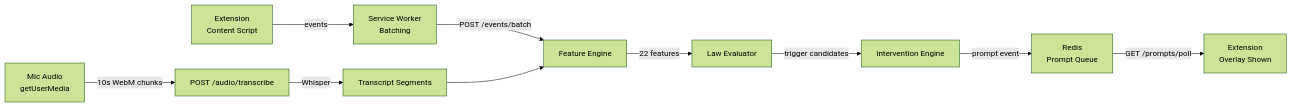
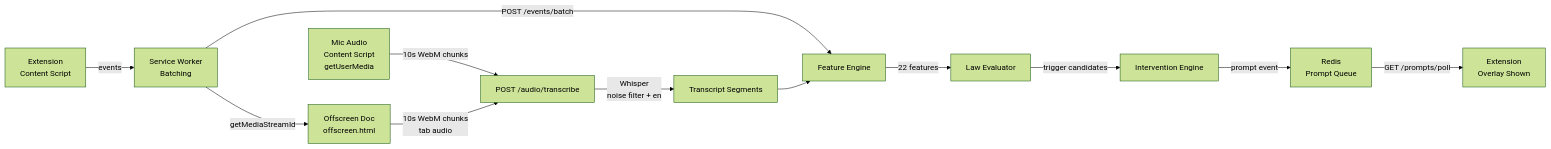
Before and after one commit to rajivchandrasekaran-paintrobot/gleameet: the diagram in ARCHITECTURE.md, drawn with Mermaid (forest theme). The commit also changed other lines of this file, not shown here.

````diff
--- a/ARCHITECTURE.md
+++ b/ARCHITECTURE.md
@@ -49,13 +49,16 @@
 ```mermaid
 flowchart LR
     A[Extension<br/>Content Script] -->|events| B[Service Worker<br/>Batching]
     B -->|POST /events/batch| C[Feature Engine]
     C -->|22 features| D[Law Evaluator]
     D -->|trigger candidates| E[Intervention Engine]
     E -->|prompt event| F[Redis<br/>Prompt Queue]
     F -->|GET /prompts/poll| G[Extension<br/>Overlay Shown]
 
-    H[Mic Audio<br/>getUserMedia] -->|10s WebM chunks| I[POST /audio/transcribe]
-    I -->|Whisper| J[Transcript Segments]
+    H[Mic Audio<br/>Content Script<br/>getUserMedia] -->|10s WebM chunks| I[POST /audio/transcribe]
+    I -->|Whisper<br/>noise filter + en| J[Transcript Segments]
     J --> C
+
+    B -->|getMediaStreamId| K[Offscreen Doc<br/>offscreen.html]
+    K -->|10s WebM chunks<br/>tab audio| I
 ```
````
